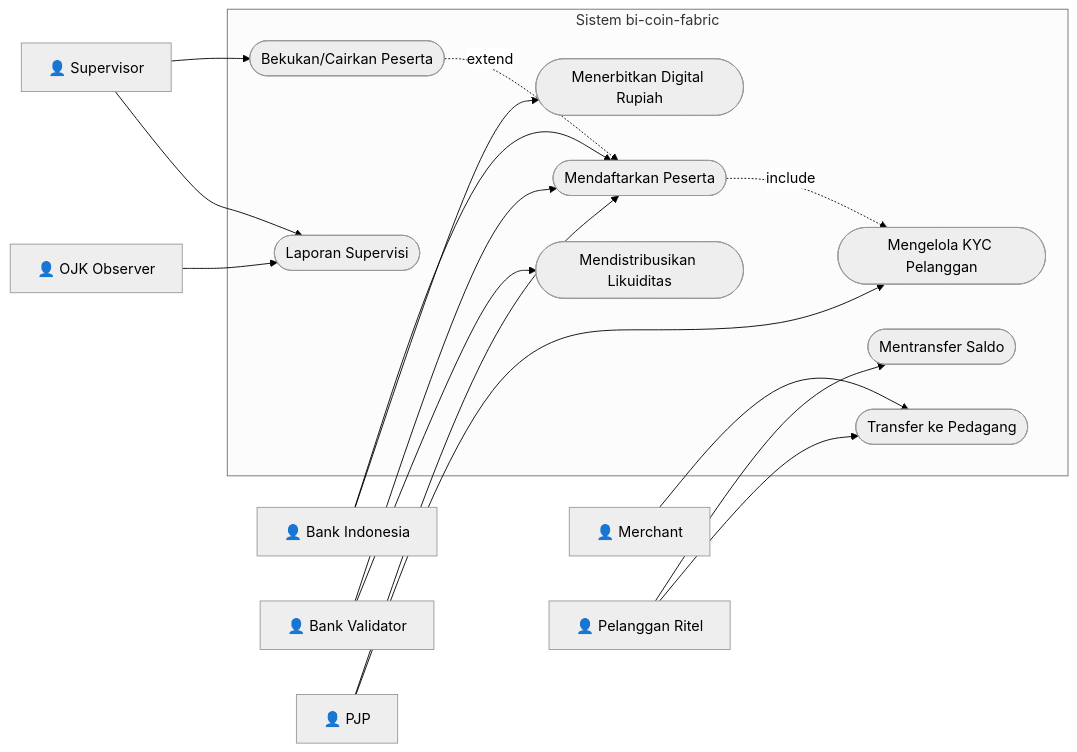
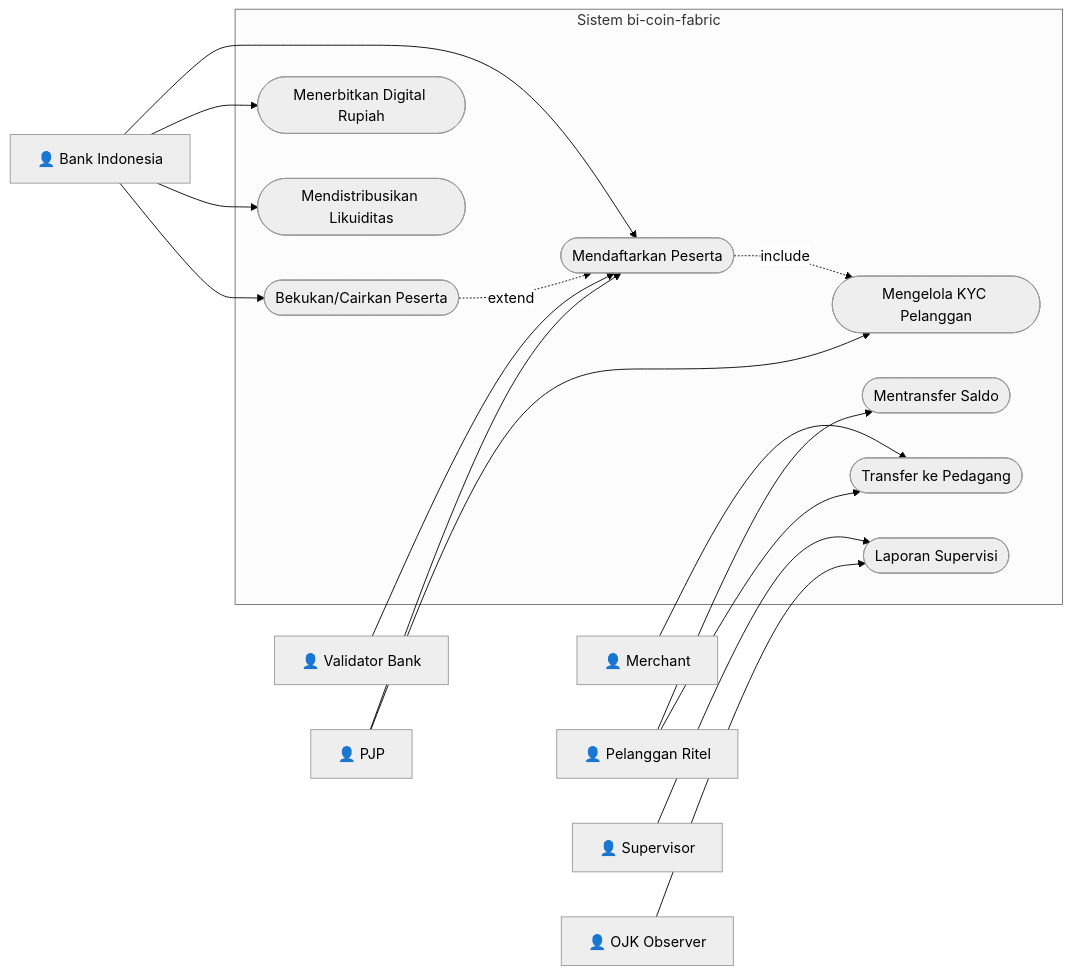
One commit to mfachrizalg/bi-coin changed the first of 3 diagrams in bi-coin-fabric/docs/diagrams/mermaid/use-case-diagrams.md. Above: the diagram before and after it, drawn with Mermaid. The commit also changed other lines of this file and 2186 other files, not shown here.

````diff
--- a/bi-coin-fabric/docs/diagrams/mermaid/use-case-diagrams.md
+++ b/bi-coin-fabric/docs/diagrams/mermaid/use-case-diagrams.md
@@ -5,38 +10,38 @@
 ```mermaid
 %%{init: {'theme': 'neutral', 'themeVariables': {'primaryColor': '#ffffff', 'primaryBorderColor': '#000000', 'lineColor': '#000000'}}}%%
 flowchart LR
     BI[👤 Bank Indonesia]
-    BV[👤 Bank Validator]
+    BV[👤 Validator Bank]
     PJP[👤 PJP]
     M[👤 Merchant]
     PR[👤 Pelanggan Ritel]
     SV[👤 Supervisor]
     OJK[👤 OJK Observer]
 
     subgraph SYS["Sistem bi-coin-fabric"]
         UC1([Mendaftarkan Peserta])
         UC2([Menerbitkan Digital Rupiah])
         UC3([Mendistribusikan Likuiditas])
         UC4([Mengelola KYC Pelanggan])
         UC5([Mentransfer Saldo])
         UC6([Transfer ke Pedagang])
         UC7([Bekukan/Cairkan Peserta])
         UC9([Laporan Supervisi])
     end
 
     BI --> UC1
     BI --> UC2
     BV --> UC1
-    BV --> UC3
+    BI --> UC3
     PJP --> UC1
     PJP --> UC4
     M --> UC6
     PR --> UC5
     PR --> UC6
-    SV --> UC7
+    BI --> UC7
     SV --> UC9
     OJK --> UC9
 
     UC1 -.->|include| UC4
     UC7 -.->|extend| UC1
 ```
````
